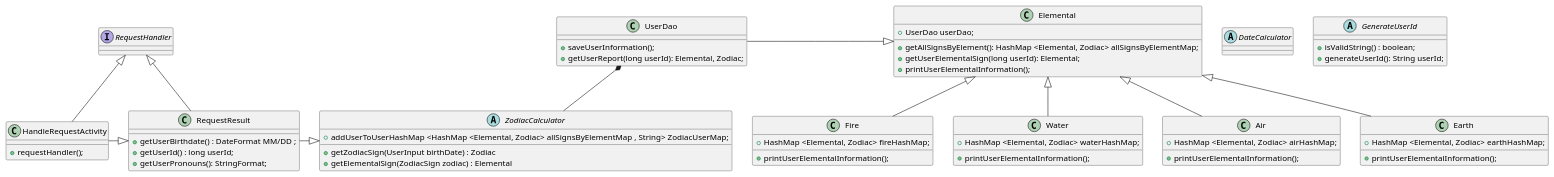
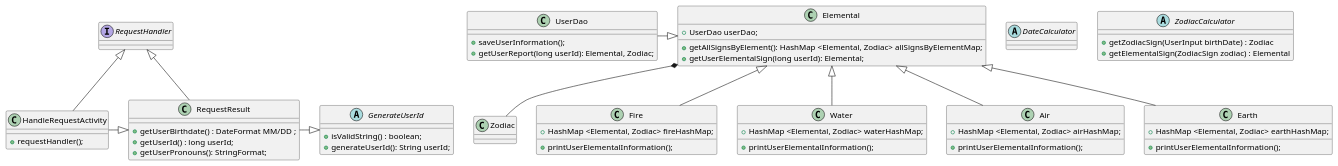
One commit to gbauza3destinee/zodiakApp changed the diagram in template_java_project/ProjectDocuments/ZodiakClass.puml. Above: the diagram before and after it, drawn with PlantUML. The commit also changed 7 other files, not shown here.

Commit message:
ElementalAndZodiacClassesSkeletonAdded_RequiresResolutionofDataTypeErrorsFromModelClasses_DaoClasses_toWork

```diff
--- a/template_java_project/ProjectDocuments/ZodiakClass.puml
+++ b/template_java_project/ProjectDocuments/ZodiakClass.puml
@@ -1,80 +1,79 @@
 @startuml
 'https://plantuml.com/class-diagram
 
 abstract class DateCalculator
 
 
 interface RequestHandler
 class HandleRequestActivity extends RequestHandler{
 + requestHandler();
 
 }
 
 class RequestResult extends RequestHandler {
 + getUserBirthdate() : DateFormat MM/DD ;
 + getUserId() : long userId;
 + getUserPronouns(): StringFormat;
 }
 
 
 HandleRequestActivity -|> RequestResult
 
 class UserDao{
 + saveUserInformation();
 + getUserReport(long userId): Elemental, Zodiac;
 }
 
 
-RequestResult -|> ZodiacCalculator
+RequestResult -|> GenerateUserId
 
-UserDao *-- ZodiacCalculator
+
+Elemental *-- Zodiac
 
 UserDao -|> Elemental
 
 
 abstract class ZodiacCalculator{
     + getZodiacSign(UserInput birthDate) : Zodiac
     + getElementalSign(ZodiacSign zodiac) : Elemental
-    + addUserToUserHashMap <HashMap <Elemental, Zodiac> allSignsByElementMap , String> ZodiacUserMap;
 }
 
 
 abstract class GenerateUserId{
     + isValidString() : boolean;
     + generateUserId(): String userId;
 
 }
 
 class Elemental {
 + UserDao userDao;
 + getAllSignsByElement(): HashMap <Elemental, Zodiac> allSignsByElementMap;
 + getUserElementalSign(long userId): Elemental;
-+ printUserElementalInformation();
 
 }
 
 class Fire extends Elemental{
 + HashMap <Elemental, Zodiac> fireHashMap;
 + printUserElementalInformation();
 }
 
 class Water extends Elemental {
 + HashMap <Elemental, Zodiac> waterHashMap;
 + printUserElementalInformation();
 
 }
 
 class Air extends Elemental{
 + HashMap <Elemental, Zodiac> airHashMap;
 + printUserElementalInformation();
 }
 
 
 class Earth extends Elemental{
 + HashMap <Elemental, Zodiac> earthHashMap;
 + printUserElementalInformation();
 }
 
 
 
 @enduml
```
